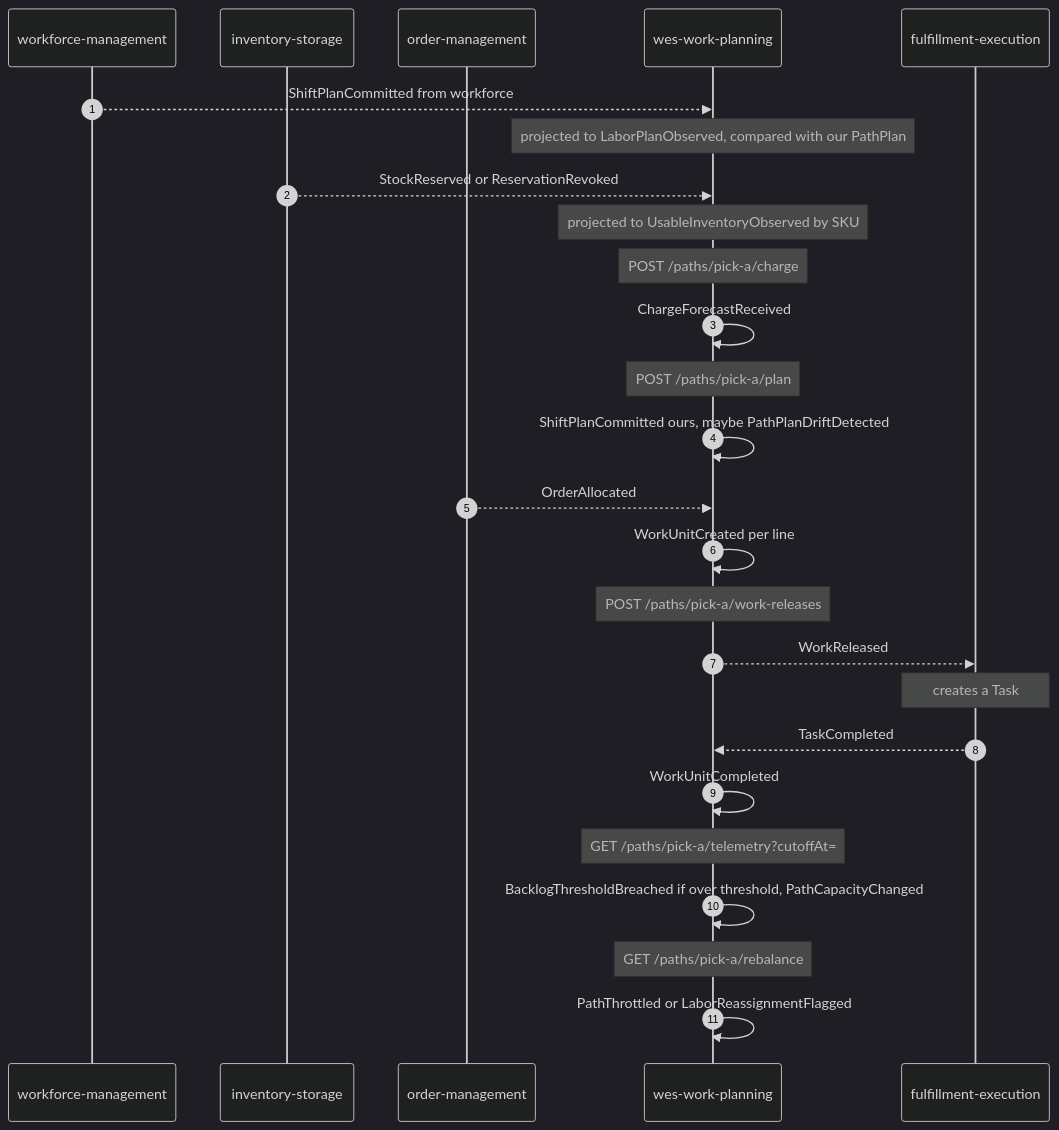
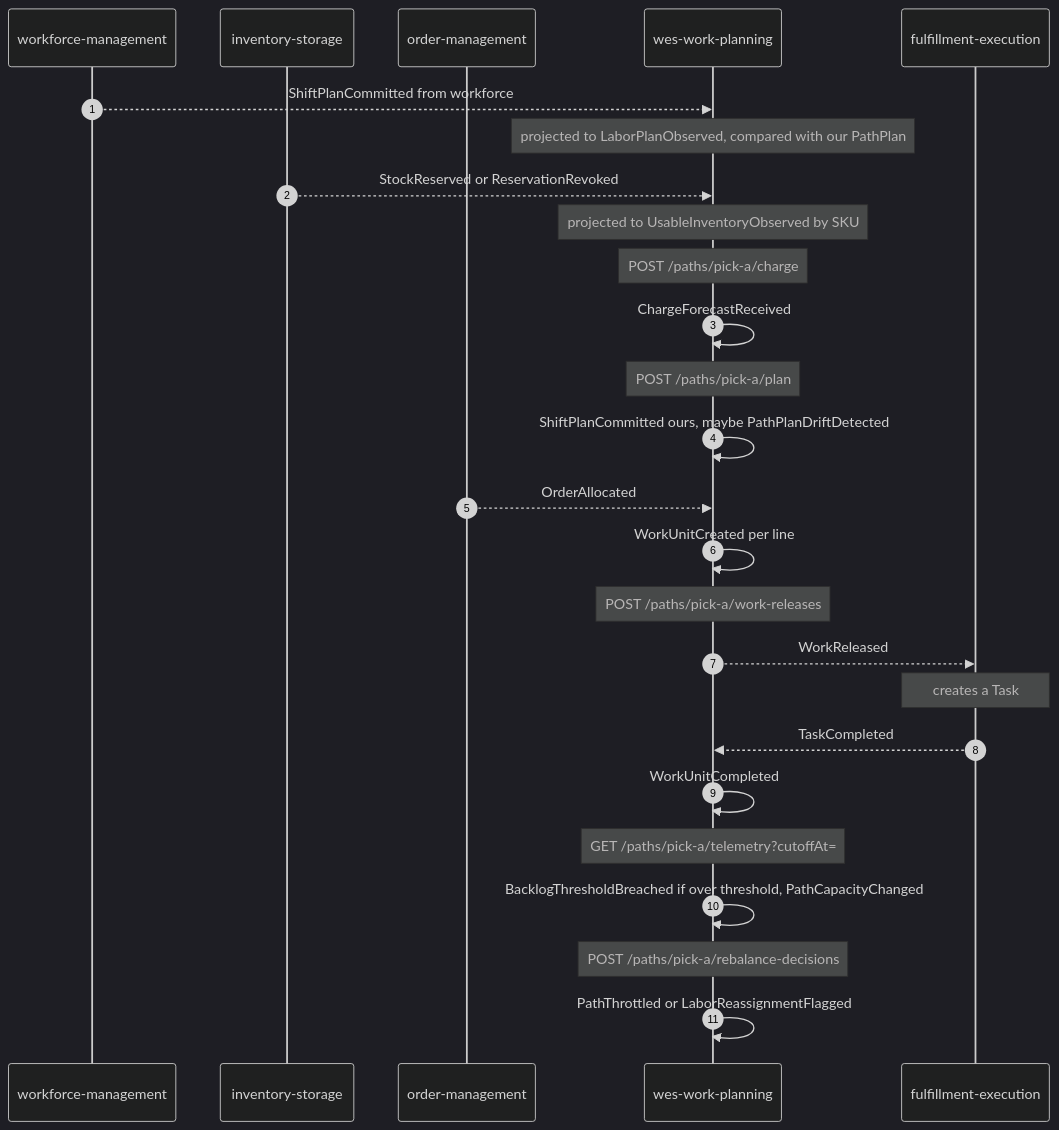
Before and after one commit to IQVO/wes-work-planning: the diagram in docs/docs/ddd/domain-events.md, drawn with Mermaid (dark theme). The commit also changed 21 other files, not shown here.

Commit message:
docs: rebalance-decisions route, ADR-0047 amendment, regenerated REST reference

````diff
--- a/docs/docs/ddd/domain-events.md
+++ b/docs/docs/ddd/domain-events.md
@@ -95,29 +95,29 @@
 ```mermaid
 sequenceDiagram
     autonumber
     participant WM as workforce-management
     participant INV as inventory-storage
     participant OM as order-management
     participant WES as wes-work-planning
     participant FE as fulfillment-execution
 
     WM-->>WES: ShiftPlanCommitted from workforce
     Note over WES: projected to LaborPlanObserved, compared with our PathPlan
     INV-->>WES: StockReserved or ReservationRevoked
     Note over WES: projected to UsableInventoryObserved by SKU
     Note over WES: POST /paths/pick-a/charge
     WES->>WES: ChargeForecastReceived
     Note over WES: POST /paths/pick-a/plan
     WES->>WES: ShiftPlanCommitted ours, maybe PathPlanDriftDetected
     OM-->>WES: OrderAllocated
     WES->>WES: WorkUnitCreated per line
     Note over WES: POST /paths/pick-a/work-releases
     WES-->>FE: WorkReleased
     Note over FE: creates a Task
     FE-->>WES: TaskCompleted
     WES->>WES: WorkUnitCompleted
     Note over WES: GET /paths/pick-a/telemetry?cutoffAt=
     WES->>WES: BacklogThresholdBreached if over threshold, PathCapacityChanged
-    Note over WES: GET /paths/pick-a/rebalance
+    Note over WES: POST /paths/pick-a/rebalance-decisions
     WES->>WES: PathThrottled or LaborReassignmentFlagged
 ```
````
